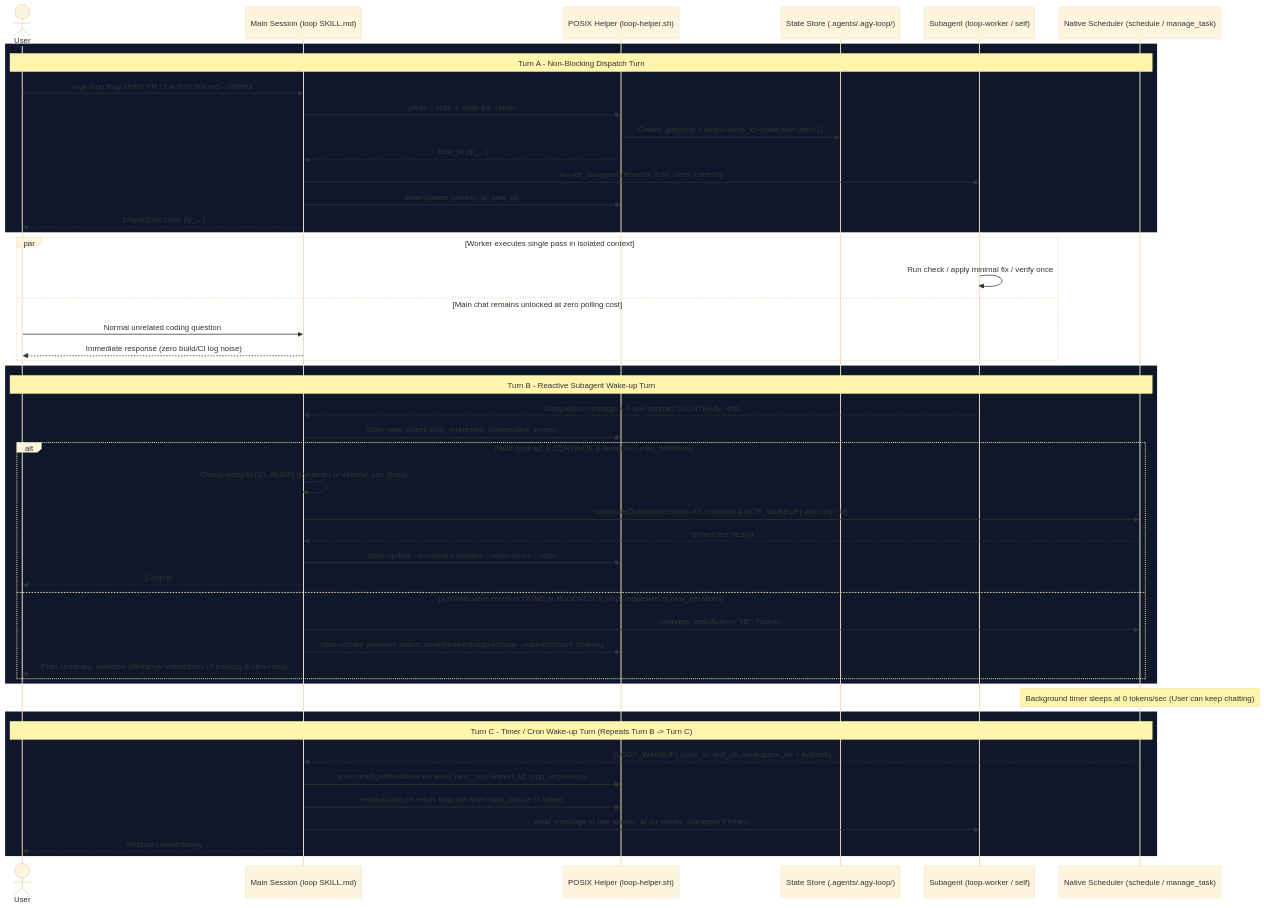
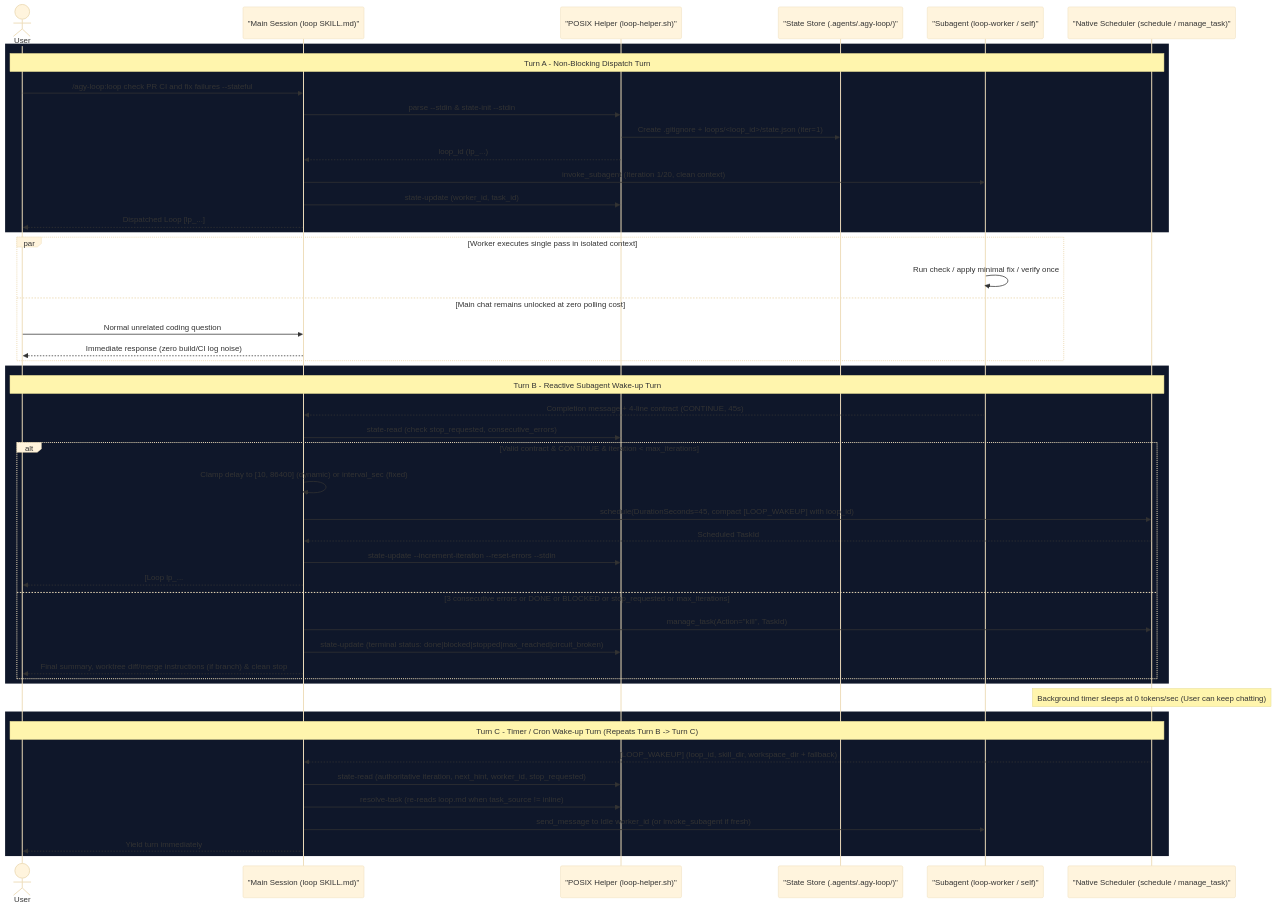
Before and after one commit to maxlee/agy-loop: the second of 4 diagrams in ARCHITECTURE.md, drawn with Mermaid (base theme). The commit also changed other lines of this file and 21 other files, not shown here.

````diff
--- a/ARCHITECTURE.md
+++ b/ARCHITECTURE.md
@@ -75,55 +110,55 @@
 ```mermaid
 sequenceDiagram
   actor User
-  participant Main as Main Session (loop SKILL.md)
-  participant Helper as POSIX Helper (loop-helper.sh)
-  participant State as State Store (.agents/.agy-loop/)
-  participant Worker as Subagent (loop-worker / self)
-  participant Sched as Native Scheduler (schedule / manage_task)
+  participant Main as "Main Session (loop SKILL.md)"
+  participant Helper as "POSIX Helper (loop-helper.sh)"
+  participant State as "State Store (.agents/.agy-loop/)"
+  participant Worker as "Subagent (loop-worker / self)"
+  participant Sched as "Native Scheduler (schedule / manage_task)"
 
   rect rgb(15, 23, 42)
   Note over User,Sched: Turn A - Non-Blocking Dispatch Turn
   User->>Main: /agy-loop:loop check PR CI and fix failures --stateful
   Main->>Helper: parse --stdin & state-init --stdin
   Helper->>State: Create .gitignore + loops/<loop_id>/state.json (iter=1)
   Helper-->>Main: loop_id (lp_...)
   Main->>Worker: invoke_subagent (Iteration 1/20, clean context)
   Main->>Helper: state-update (worker_id, task_id)
   Main-->>User: Dispatched Loop [lp_...] #1/20 - Yield turn immediately
   end
 
   par Worker executes single pass in isolated context
     Worker->>Worker: Run check / apply minimal fix / verify once
   and Main chat remains unlocked at zero polling cost
     User->>Main: Normal unrelated coding question
     Main-->>User: Immediate response (zero build/CI log noise)
   end
 
   rect rgb(15, 23, 42)
   Note over User,Sched: Turn B - Reactive Subagent Wake-up Turn
   Worker-->>Main: Completion message + 4-line contract (CONTINUE, 45s)
   Main->>Helper: state-read (check stop_requested, consecutive_errors)
   alt Valid contract & CONTINUE & iteration < max_iterations
     Main->>Main: Clamp delay to [10, 86400] (dynamic) or interval_sec (fixed)
     Main->>Sched: schedule(DurationSeconds=45, compact [LOOP_WAKEUP] with loop_id)
     Sched-->>Main: Scheduled TaskId
     Main->>Helper: state-update --increment-iteration --reset-errors --stdin
     Main-->>User: [Loop lp_... #1/20] SUMMARY | Next wake-up in 45s - Yield turn
   else 3 consecutive errors or DONE or BLOCKED or stop_requested or max_iterations
     Main->>Sched: manage_task(Action="kill", TaskId)
     Main->>Helper: state-update (terminal status: done|blocked|stopped|max_reached|circuit_broken)
     Main-->>User: Final summary, worktree diff/merge instructions (if branch) & clean stop
   end
   end
 
   Note over Sched: Background timer sleeps at 0 tokens/sec (User can keep chatting)
 
   rect rgb(15, 23, 42)
   Note over User,Sched: Turn C - Timer / Cron Wake-up Turn (Repeats Turn B -> Turn C)
   Sched-->>Main: [LOOP_WAKEUP] (loop_id, skill_dir, workspace_dir + fallback)
   Main->>Helper: state-read (authoritative iteration, next_hint, worker_id, stop_requested)
   Main->>Helper: resolve-task (re-reads loop.md when task_source != inline)
   Main->>Worker: send_message to Idle worker_id (or invoke_subagent if fresh)
   Main-->>User: Yield turn immediately
   end
 ```
````
